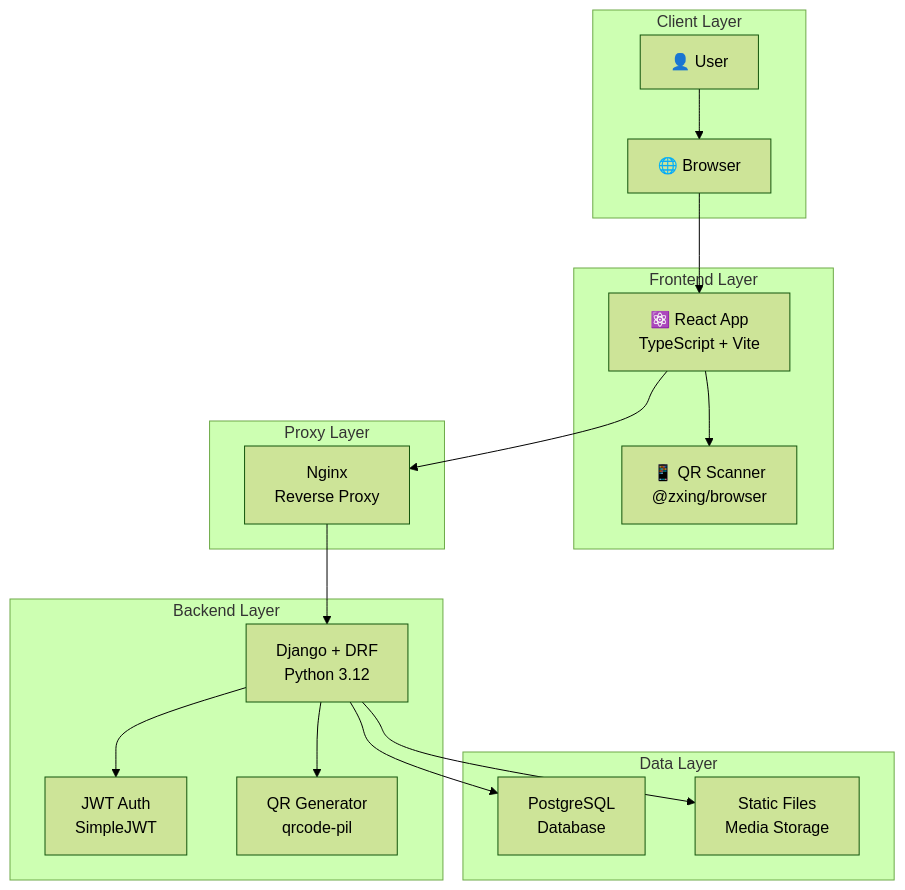
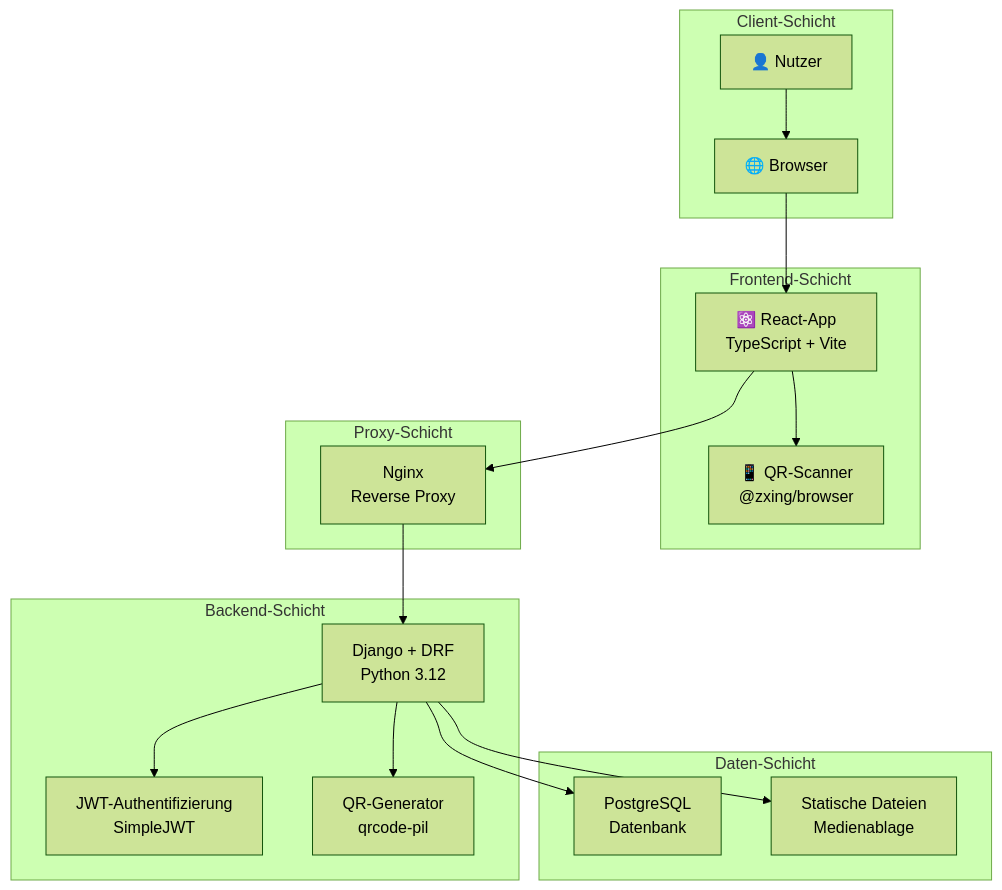
Before and after one commit to zerox80/Emma-Tresor: the first of 2 diagrams in README.md, drawn with Mermaid (forest theme). The commit also changed other lines of this file and 2 other files, not shown here.

````diff
--- a/README.md
+++ b/README.md
@@ -131,37 +131,37 @@
 ```mermaid
 graph TB
-    subgraph "Client Layer"
-        U[👤 User]
+    subgraph "Client-Schicht"
+        U[👤 Nutzer]
         B[🌐 Browser]
     end
     
-    subgraph "Frontend Layer"
-        R[⚛️ React App<br/>TypeScript + Vite]
-        S[📱 QR Scanner<br/>@zxing/browser]
+    subgraph "Frontend-Schicht"
+        R[⚛️ React-App<br/>TypeScript + Vite]
+        S[📱 QR-Scanner<br/>@zxing/browser]
     end
      
-    subgraph "Proxy Layer"
+    subgraph "Proxy-Schicht"
         N[Nginx<br/>Reverse Proxy]
     end
      
-    subgraph "Backend Layer"
+    subgraph "Backend-Schicht"
         D[Django + DRF<br/>Python 3.12]
-        A[JWT Auth<br/>SimpleJWT]
-        Q[QR Generator<br/>qrcode-pil]
+        A[JWT-Authentifizierung<br/>SimpleJWT]
+        Q[QR-Generator<br/>qrcode-pil]
     end
     
-    subgraph "Data Layer"
-        DB[PostgreSQL<br/>Database]
-        ST[Static Files<br/>Media Storage]
+    subgraph "Daten-Schicht"
+        DB[PostgreSQL<br/>Datenbank]
+        ST[Statische Dateien<br/>Medienablage]
     end
     
     U --> B
     B --> R
     R --> S
     R --> N
     N --> D
     D --> A
     D --> Q
     D --> DB
     D --> ST
 ```
````
